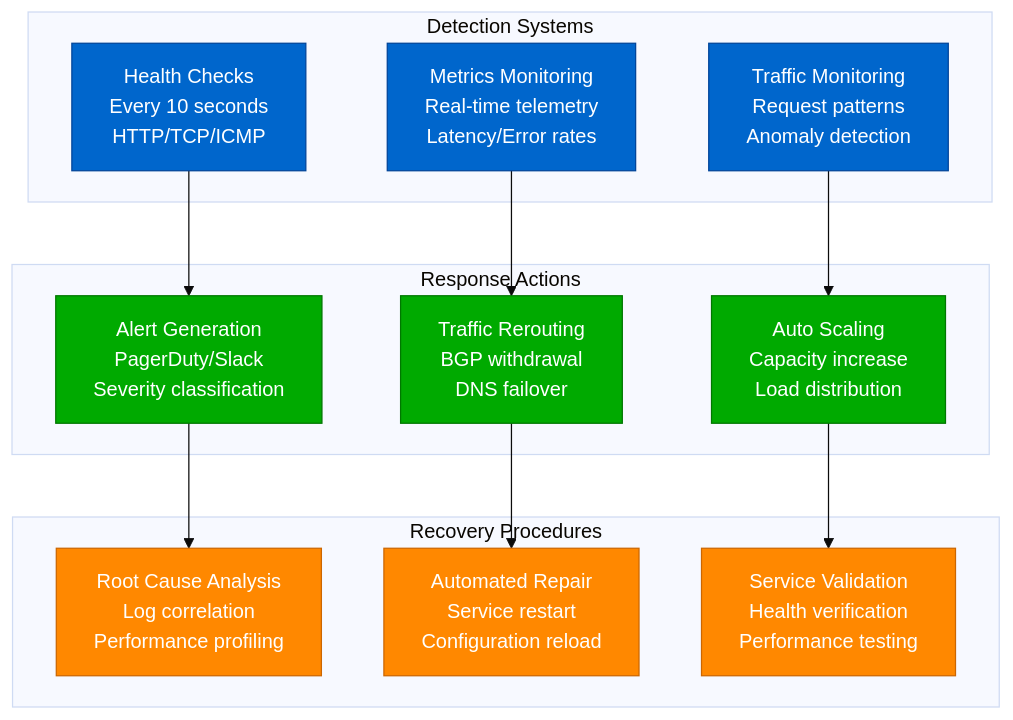
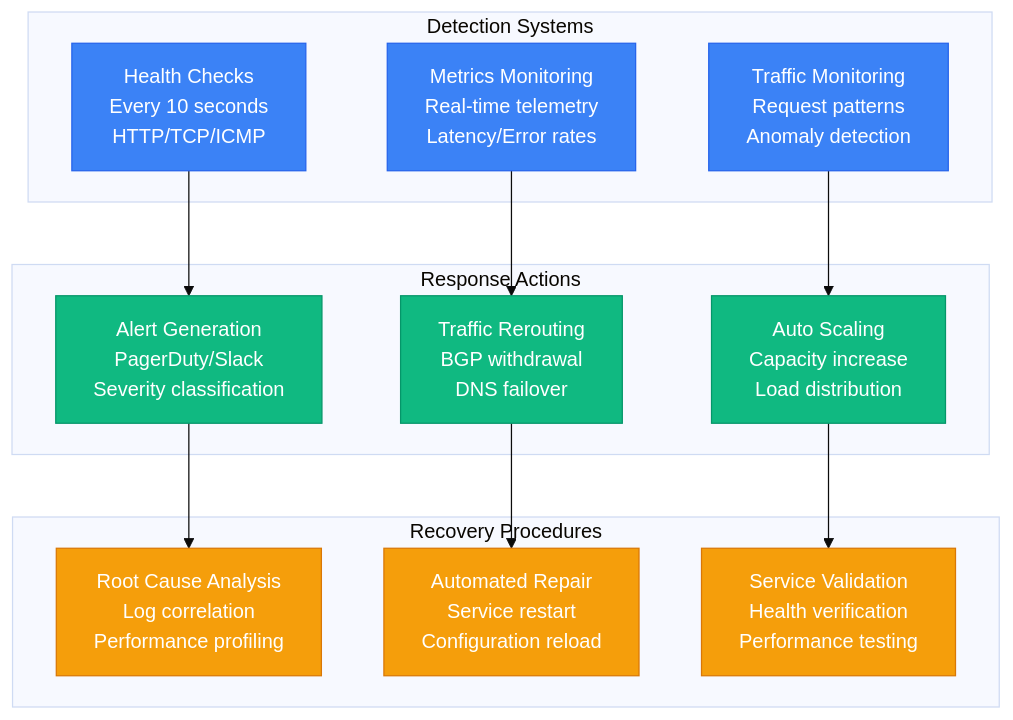
Before and after one commit to deepaucksharma/DS: the fourth of 8 diagrams in site/docs/systems/cloudflare/failure-domains.md, drawn with Mermaid (base theme). The commit also changed other lines of this file and 303 other files, not shown here.

````diff
--- a/site/docs/systems/cloudflare/failure-domains.md
+++ b/site/docs/systems/cloudflare/failure-domains.md
@@ -149,37 +149,37 @@
 ```mermaid
 graph TB
     subgraph "Detection Systems"
         HEALTH[Health Checks<br/>Every 10 seconds<br/>HTTP/TCP/ICMP]
         METRICS[Metrics Monitoring<br/>Real-time telemetry<br/>Latency/Error rates]
         TRAFFIC[Traffic Monitoring<br/>Request patterns<br/>Anomaly detection]
     end
 
     subgraph "Response Actions"
         ALERT[Alert Generation<br/>PagerDuty/Slack<br/>Severity classification]
         REROUTE[Traffic Rerouting<br/>BGP withdrawal<br/>DNS failover]
         SCALE[Auto Scaling<br/>Capacity increase<br/>Load distribution]
     end
 
     subgraph "Recovery Procedures"
         INVESTIGATE[Root Cause Analysis<br/>Log correlation<br/>Performance profiling]
         REPAIR[Automated Repair<br/>Service restart<br/>Configuration reload]
         VALIDATE[Service Validation<br/>Health verification<br/>Performance testing]
     end
 
     HEALTH --> ALERT
     METRICS --> REROUTE
     TRAFFIC --> SCALE
 
     ALERT --> INVESTIGATE
     REROUTE --> REPAIR
     SCALE --> VALIDATE
 
     %% Apply colors
-    classDef detectionStyle fill:#0066CC,stroke:#004499,color:#fff
-    classDef responseStyle fill:#00AA00,stroke:#007700,color:#fff
-    classDef recoveryStyle fill:#FF8800,stroke:#CC6600,color:#fff
+    classDef detectionStyle fill:#3B82F6,stroke:#2563EB,color:#fff
+    classDef responseStyle fill:#10B981,stroke:#059669,color:#fff
+    classDef recoveryStyle fill:#F59E0B,stroke:#D97706,color:#fff
 
     class HEALTH,METRICS,TRAFFIC detectionStyle
     class ALERT,REROUTE,SCALE responseStyle
     class INVESTIGATE,REPAIR,VALIDATE recoveryStyle
 ```
````
